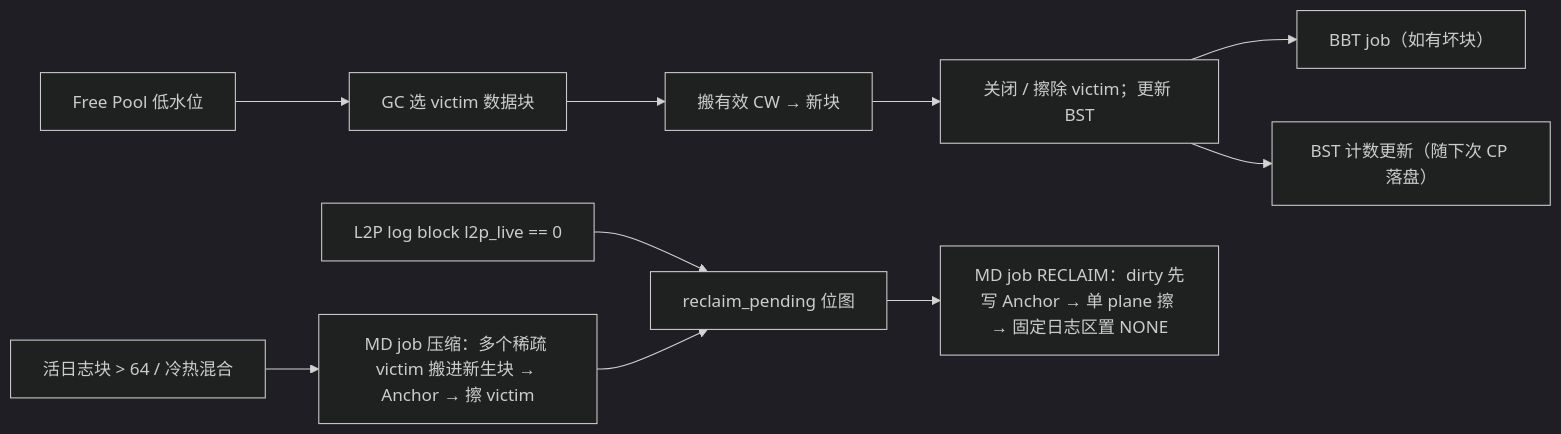
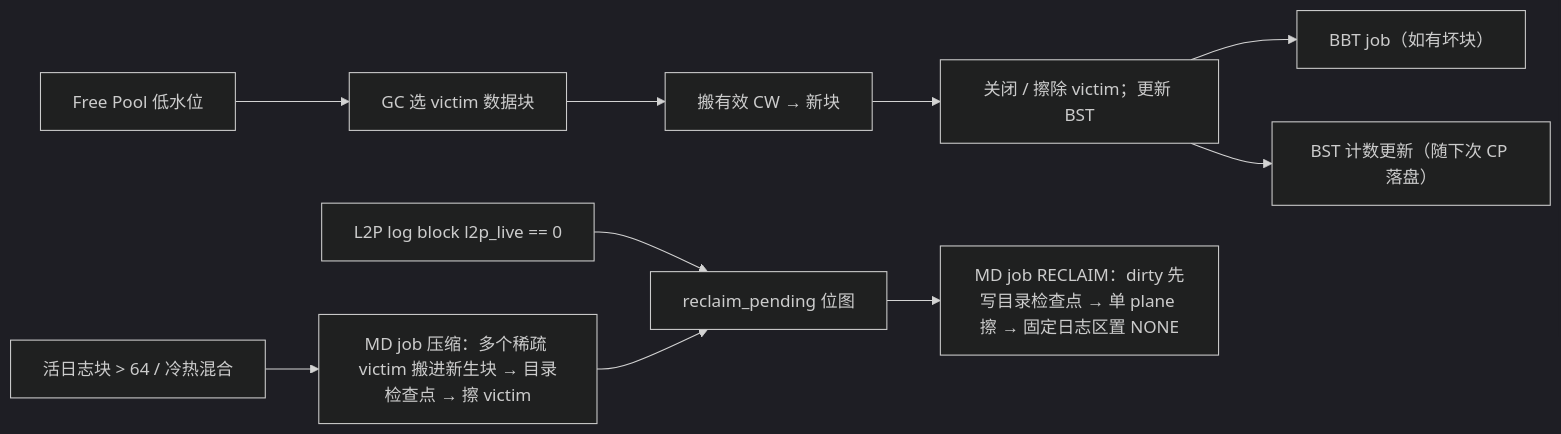
Before and after one commit to YzYMIAO/BASESSD: the fifth of 34 diagrams in docs/design/ftl_design.md, drawn with Mermaid (dark theme). The commit also changed other lines of this file and 45 other files, not shown here.

````diff
--- a/docs/design/ftl_design.md
+++ b/docs/design/ftl_design.md
@@ -973,12 +975,12 @@
 ```mermaid
 flowchart LR
     FP["Free Pool 低水位"] --> GC["GC 选 victim 数据块"]
     GC --> MV["搬有效 CW → 新块"]
     MV --> CL["关闭 / 擦除 victim；更新 BST"]
     CL --> BBTJ["BBT job（如有坏块）"]
     CL --> WJ["BST 计数更新（随下次 CP 落盘）"]
     L2P["L2P log block l2p_live == 0"] --> RP["reclaim_pending 位图"]
-    RP --> RJ["MD job RECLAIM：dirty 先写 Anchor → 单 plane 擦 → 固定日志区置 NONE"]
-    COLD["活日志块 > 64 / 冷热混合"] --> MC["MD job 压缩：多个稀疏 victim 搬进新生块 → Anchor → 擦 victim"]
+    RP --> RJ["MD job RECLAIM：dirty 先写目录检查点 → 单 plane 擦 → 固定日志区置 NONE"]
+    COLD["活日志块 > 64 / 冷热混合"] --> MC["MD job 压缩：多个稀疏 victim 搬进新生块 → 目录检查点 → 擦 victim"]
     MC --> RP
 ```
````
